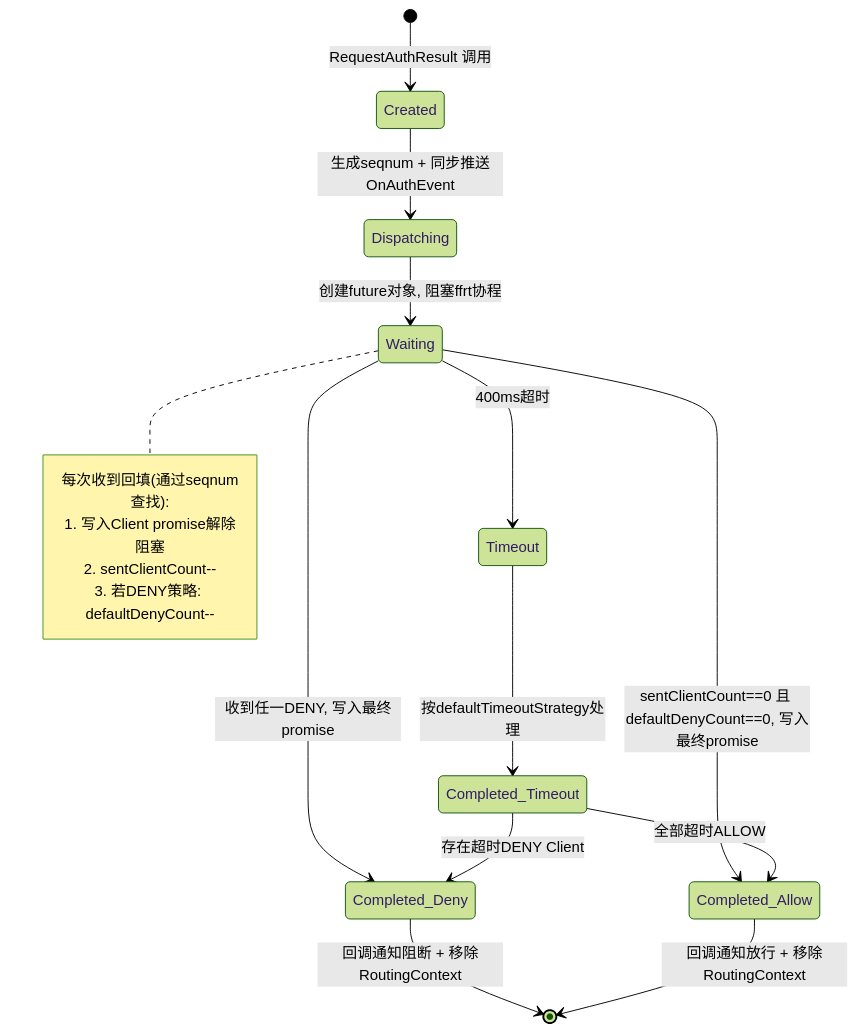
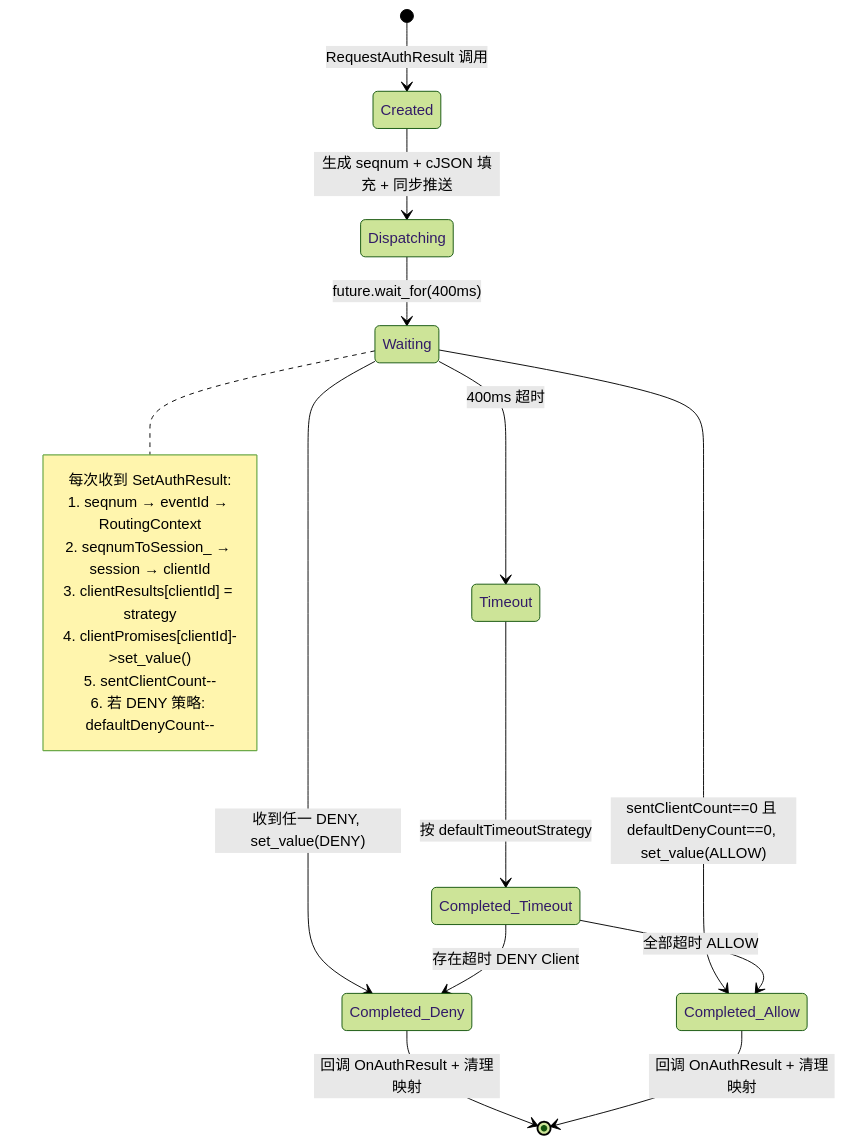
The seventh of 10 diagrams in .sdd/SR-20260806903302/design-doc.md (eclipse-oniro-mirrors/security_security_guard), drawn with Mermaid (forest theme) before and after one commit. The commit also changed other lines of this file and 50 other files, not shown here.

````diff
--- a/.sdd/SR-20260806903302/design-doc.md
+++ b/.sdd/SR-20260806903302/design-doc.md
@@ -300,24 +315,27 @@
 ```mermaid
 stateDiagram-v2
     [*] --> Created : RequestAuthResult 调用
-    Created --> Dispatching : 生成seqnum + 同步推送OnAuthEvent
-    Dispatching --> Waiting : 创建future对象, 阻塞ffrt协程
+    Created --> Dispatching : 生成 seqnum + cJSON 填充 + 同步推送
+    Dispatching --> Waiting : future.wait_for(400ms)
 
-    Waiting --> Completed_Deny : 收到任一DENY, 写入最终promise
-    Waiting --> Completed_Allow : sentClientCount==0 且 defaultDenyCount==0, 写入最终promise
-    Waiting --> Timeout : 400ms超时
+    Waiting --> Completed_Deny : 收到任一 DENY, set_value(DENY)
+    Waiting --> Completed_Allow : sentClientCount==0 且 defaultDenyCount==0, set_value(ALLOW)
+    Waiting --> Timeout : 400ms 超时
 
-    Timeout --> Completed_Timeout : 按defaultTimeoutStrategy处理
-    Completed_Timeout --> Completed_Deny : 存在超时DENY Client
-    Completed_Timeout --> Completed_Allow : 全部超时ALLOW
+    Timeout --> Completed_Timeout : 按 defaultTimeoutStrategy
+    Completed_Timeout --> Completed_Deny : 存在超时 DENY Client
+    Completed_Timeout --> Completed_Allow : 全部超时 ALLOW
 
-    Completed_Deny --> [*] : 回调通知阻断 + 移除RoutingContext
-    Completed_Allow --> [*] : 回调通知放行 + 移除RoutingContext
+    Completed_Deny --> [*] : 回调 OnAuthResult + 清理映射
+    Completed_Allow --> [*] : 回调 OnAuthResult + 清理映射
 
     note right of Waiting
-        每次收到回填(通过seqnum查找):
-        1. 写入Client promise解除阻塞
-        2. sentClientCount--
-        3. 若DENY策略: defaultDenyCount--
+        每次收到 SetAuthResult:
+        1. seqnum → eventId → RoutingContext
+        2. seqnumToSession_ → session → clientId
+        3. clientResults[clientId] = strategy
+        4. clientPromises[clientId]->set_value()
+        5. sentClientCount--
+        6. 若 DENY 策略: defaultDenyCount--
     end note
 ```
````
